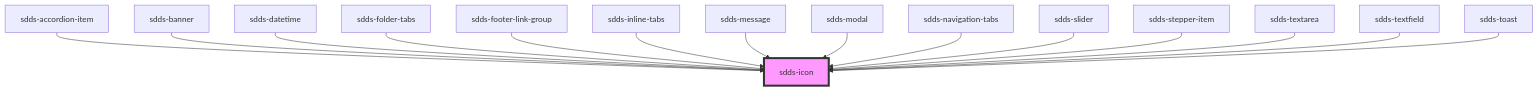
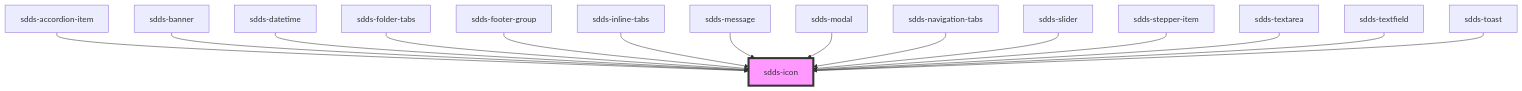
The diagram in tegel/src/components/icon/readme.md (scania-digital-design-system/sdds), drawn with Mermaid before and after one commit. The commit also changed other lines of this file and 12 other files, not shown here.

Commit message:
fix(footer): renamed files and created a footer-item instead of link (#1008)

````diff
--- a/tegel/src/components/icon/readme.md
+++ b/tegel/src/components/icon/readme.md
@@ -34,18 +34,18 @@
 ```mermaid
 graph TD;
   sdds-accordion-item --> sdds-icon
   sdds-banner --> sdds-icon
   sdds-datetime --> sdds-icon
   sdds-folder-tabs --> sdds-icon
-  sdds-footer-link-group --> sdds-icon
+  sdds-footer-group --> sdds-icon
   sdds-inline-tabs --> sdds-icon
   sdds-message --> sdds-icon
   sdds-modal --> sdds-icon
   sdds-navigation-tabs --> sdds-icon
   sdds-slider --> sdds-icon
   sdds-stepper-item --> sdds-icon
   sdds-textarea --> sdds-icon
   sdds-textfield --> sdds-icon
   sdds-toast --> sdds-icon
   style sdds-icon fill:#f9f,stroke:#333,stroke-width:4px
 ```
````
